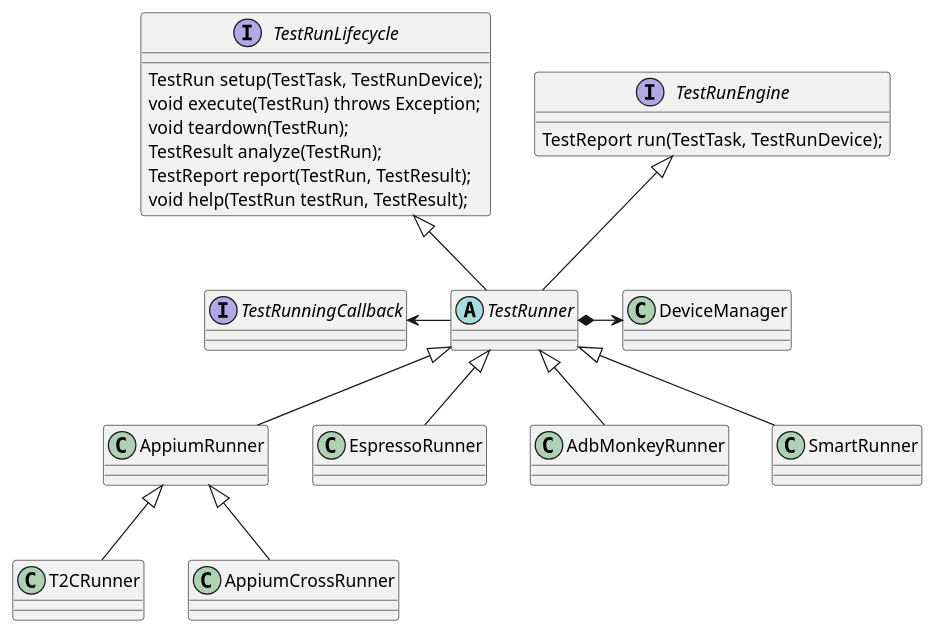
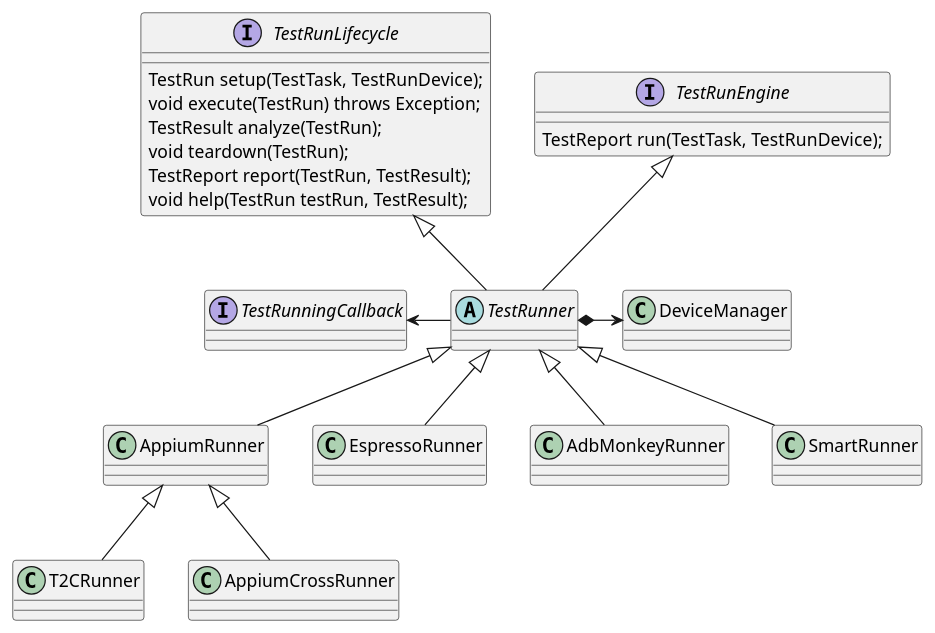
Before and after one commit to microsoft/HydraLab: the first of 7 diagrams in agent/doc/UML/test_runner_design.puml, drawn with PlantUML. The commit also changed other lines of this file and 1 other file, not shown here.

```diff
--- a/agent/doc/UML/test_runner_design.puml
+++ b/agent/doc/UML/test_runner_design.puml
@@ -1,35 +1,35 @@
 @startuml test_runner_class_relation
 abstract class TestRunner {
 }
 
 interface TestRunEngine {
     TestReport run(TestTask, TestRunDevice);
 }
 interface TestRunLifecycle {
     TestRun setup(TestTask, TestRunDevice);
     void execute(TestRun) throws Exception;
+    TestResult analyze(TestRun);
     void teardown(TestRun);
-    TestResult analyze(TestRun);
     TestReport report(TestRun, TestResult);
     void help(TestRun testRun, TestResult);
 }
 
 TestRunner -u-|> TestRunEngine
 TestRunner -u-|> TestRunLifecycle
 
 AppiumRunner -u-|> TestRunner
 EspressoRunner -u-|> TestRunner
 AdbMonkeyRunner -u-|> TestRunner
 T2CRunner -u-|> AppiumRunner
 SmartRunner -u-|> TestRunner
 
 
 interface TestRunningCallback
 TestRunner -l-> TestRunningCallback
 
 TestRunner *-r-> DeviceManager
 
 AppiumCrossRunner -u-|> AppiumRunner
 
 
 @enduml
```
